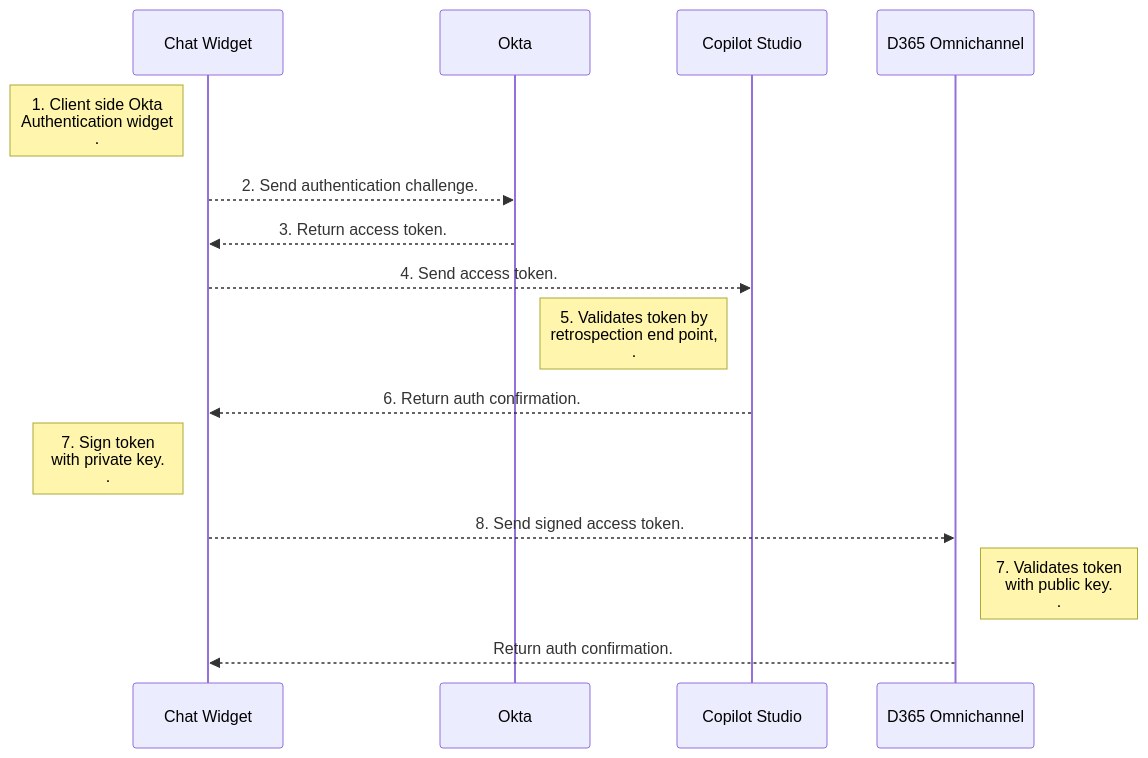
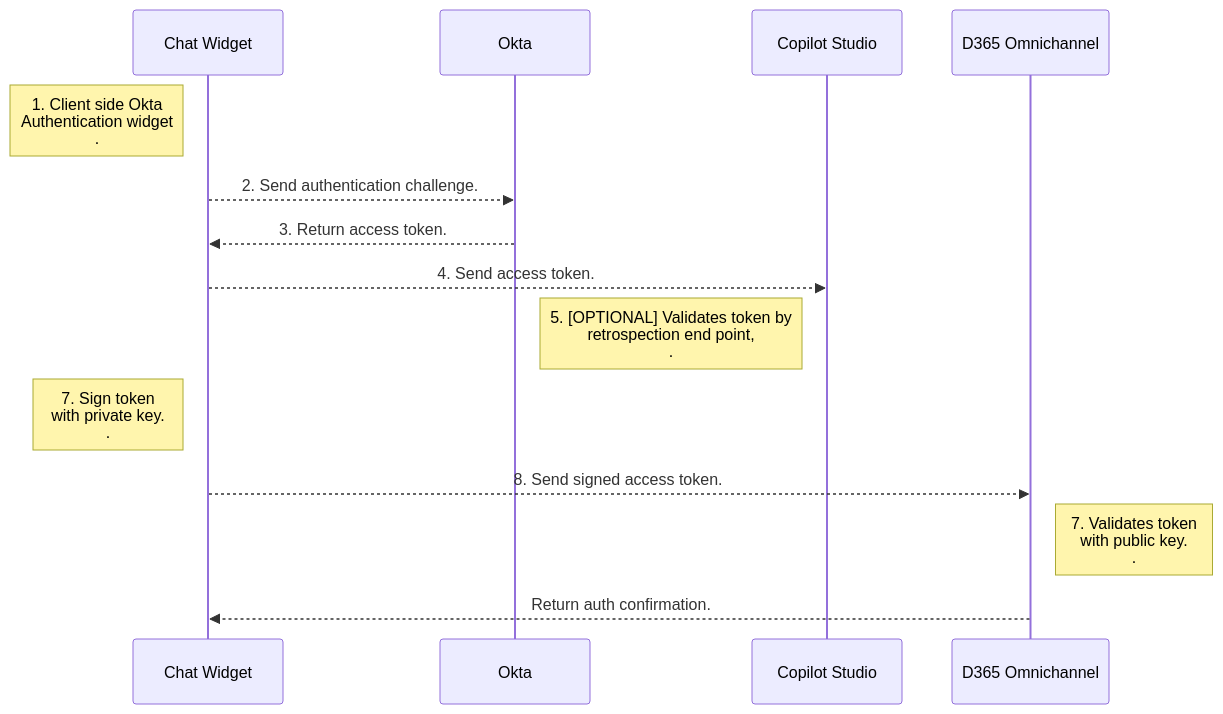
The diagram in SSOSamples/3rdPartySSOWithOKTA - Copilot+D365OC/README.md (microsoft/CopilotStudioSamples), drawn with Mermaid before and after one commit. The commit also changed other lines of this file, not shown here.

Commit message:
3rdPartySSOWithOKTA - Copilot+D365OC

````diff
--- a/SSOSamples/3rdPartySSOWithOKTA - Copilot+D365OC/README.md
+++ b/SSOSamples/3rdPartySSOWithOKTA - Copilot+D365OC/README.md
@@ -9,14 +9,13 @@
 ```mermaid
 sequenceDiagram
 Note left of Chat Widget: 1. Client side Okta <br/>Authentication widget <br/>.
 Chat Widget -->> Okta: 2. Send authentication challenge.
 Okta-->> Chat Widget: 3. Return access token.
 Chat Widget -->> Copilot Studio: 4. Send access token.
-Note left of Copilot Studio: 5. Validates token by<br/> retrospection end point, <br/>.
-Copilot Studio -->> Chat Widget: 6. Return auth confirmation.
+Note left of Copilot Studio: 5. [OPTIONAL] Validates token by<br/> retrospection end point, <br/>.
 Note left of Chat Widget: 7. Sign token <br/>with private key. <br/>.
 Chat Widget -->> D365 Omnichannel: 8. Send signed access token.
 Note right of D365 Omnichannel: 7. Validates token <br/>with public key. <br/>.
 D365 Omnichannel -->> Chat Widget : Return auth confirmation.
 
 ```
````
